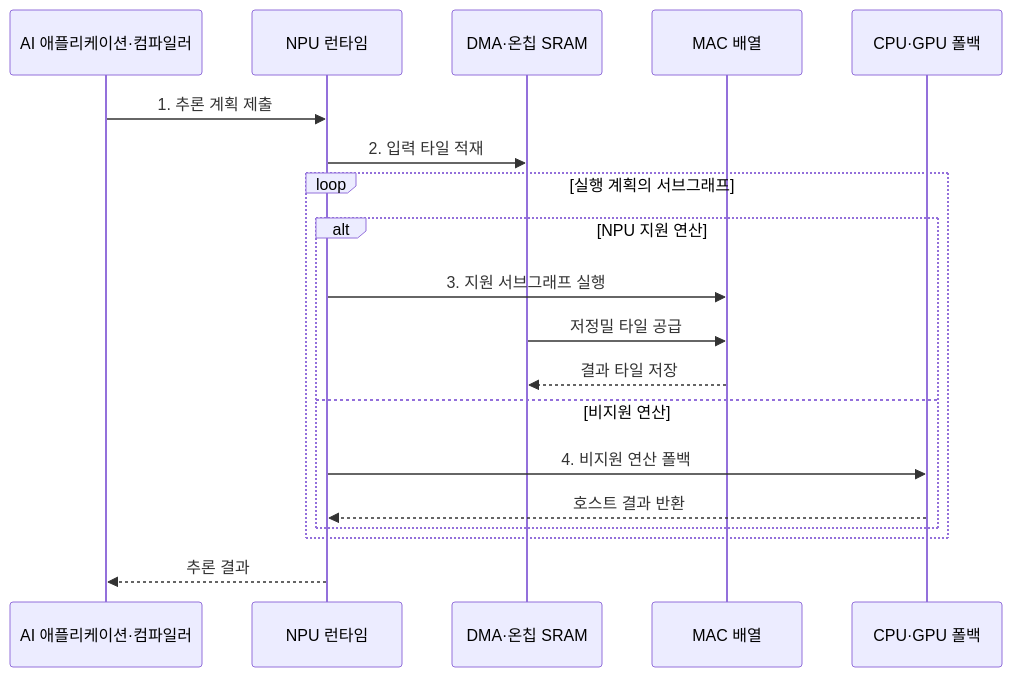
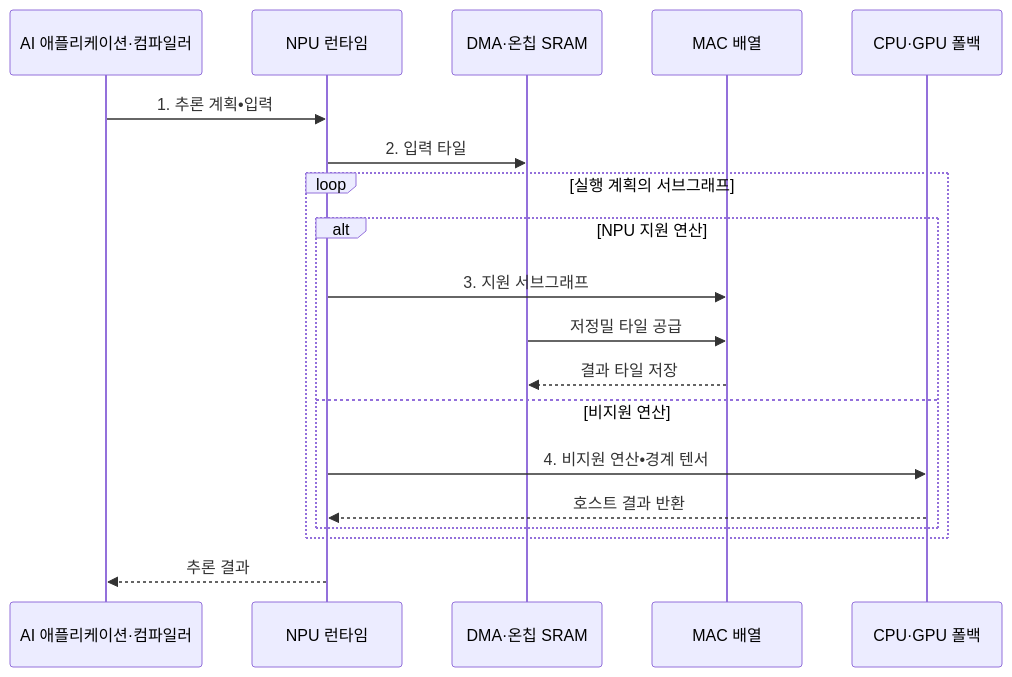
One commit to agnusdei1207/knowledge-base changed the second of 2 diagrams in src/content/docs/notes/02-hardware/044_neural_processing_unit.md. Above: the diagram before and after it, drawn with Mermaid. The commit also changed other lines of this file and 20 other files, not shown here.

````diff
--- a/src/content/docs/notes/02-hardware/044_neural_processing_unit.md
+++ b/src/content/docs/notes/02-hardware/044_neural_processing_unit.md
@@ -87,22 +90,22 @@
 ```mermaid
 sequenceDiagram
     participant A as AI 애플리케이션·컴파일러
     participant R as NPU 런타임
     participant M as DMA·온칩 SRAM
     participant N as MAC 배열
     participant H as CPU·GPU 폴백
 
-    A->>R: 1. 추론 계획 제출
-    R->>M: 2. 입력 타일 적재
+    A->>R: 1. 추론 계획•입력
+    R->>M: 2. 입력 타일
     loop 실행 계획의 서브그래프
         alt NPU 지원 연산
-            R->>N: 3. 지원 서브그래프 실행
+            R->>N: 3. 지원 서브그래프
             M->>N: 저정밀 타일 공급
             N-->>M: 결과 타일 저장
         else 비지원 연산
-            R->>H: 4. 비지원 연산 폴백
+            R->>H: 4. 비지원 연산•경계 텐서
             H-->>R: 호스트 결과 반환
         end
     end
     R-->>A: 추론 결과
 ```
````
